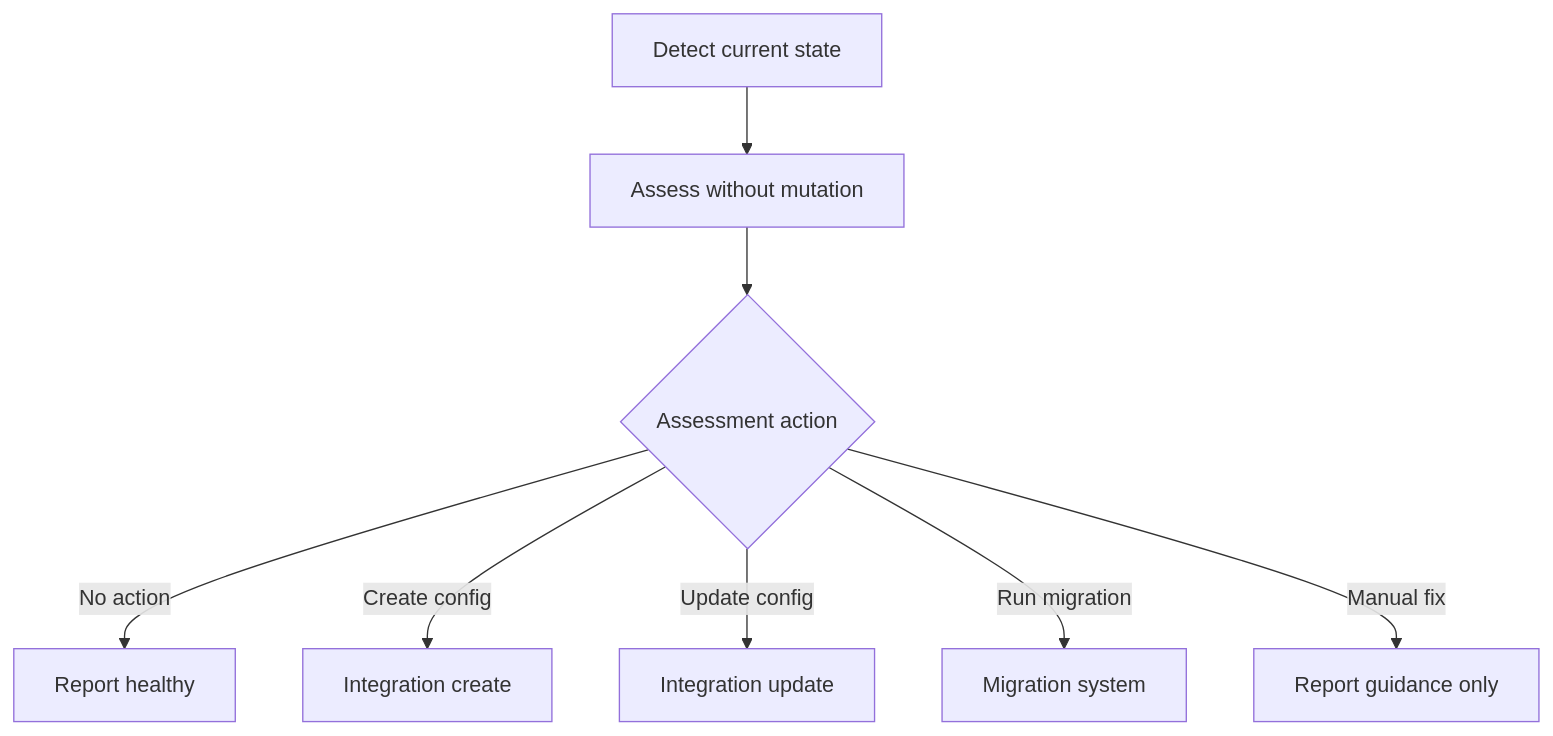
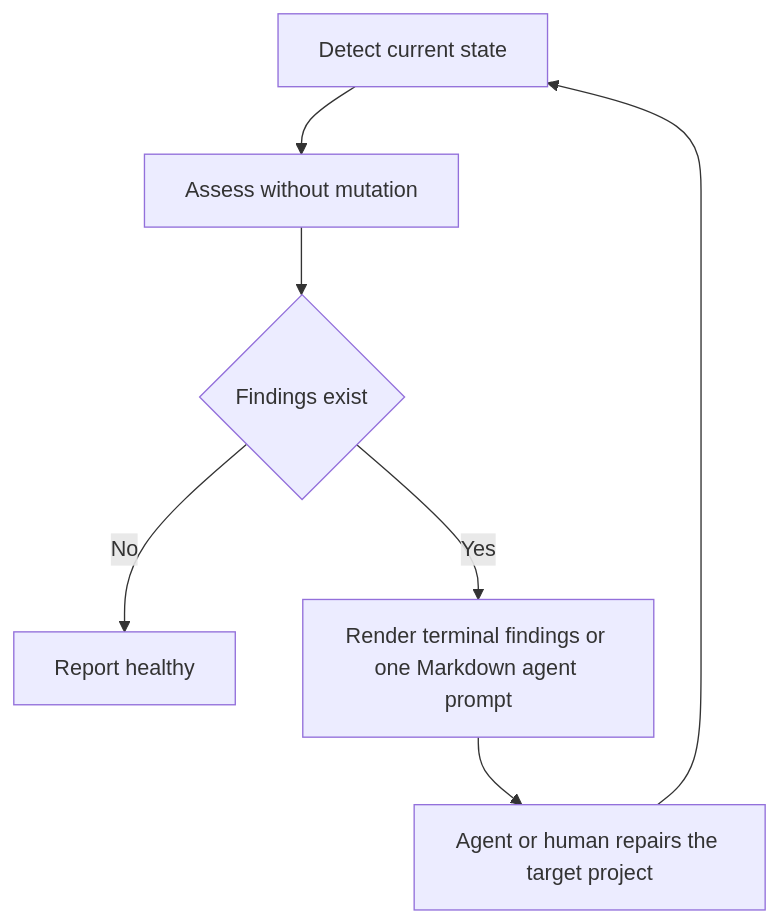
One commit to adelrodriguez/adamantite changed the diagram in docs/architecture.md. Above: the diagram before and after it, drawn with Mermaid. The commit also changed other lines of this file and 77 other files, not shown here.

````diff
--- a/docs/architecture.md
+++ b/docs/architecture.md
@@ -42,10 +41,9 @@
 ```mermaid
 flowchart TD
   A[Detect current state] --> B[Assess without mutation]
-  B --> C{Assessment action}
-  C -->|No action| D[Report healthy]
-  C -->|Create config| E[Integration create]
-  C -->|Update config| F[Integration update]
-  C -->|Run migration| G[Migration system]
-  C -->|Manual fix| H[Report guidance only]
+  B --> C{Findings exist}
+  C -->|No| D[Report healthy]
+  C -->|Yes| E[Render terminal findings or one Markdown agent prompt]
+  E --> F[Agent or human repairs the target project]
+  F --> A
 ```
````
